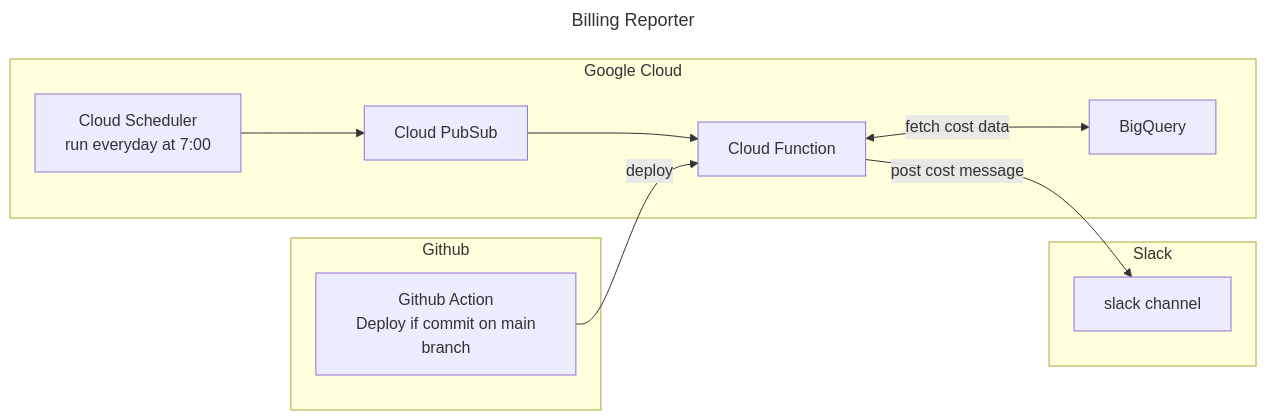
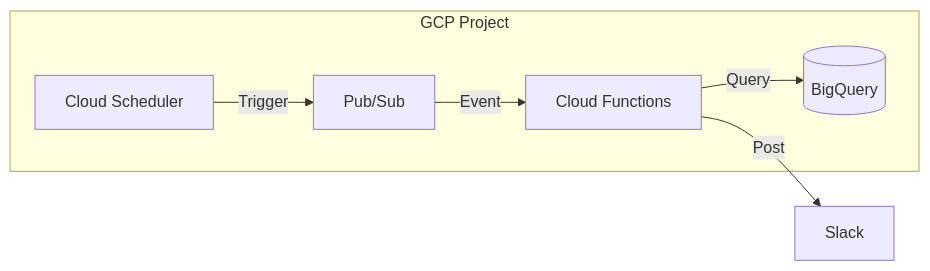
One commit to haru-256/gcp-billing-reporter changed the diagram in README.md. Above: the diagram before and after it, drawn with Mermaid. The commit also changed other lines of this file, not shown here.

````diff
--- a/README.md
+++ b/README.md
@@ -9,17 +15,14 @@
 ```mermaid
----
-title: Billing Reporter
----
-flowchart LR
-    subgraph Google Cloud
-    scheduler["Cloud Scheduler\n run everyday at 7:00"] --> pubsub[Cloud PubSub]
-    pubsub --> function[Cloud Function]
-    function <-->|fetch cost data| bigquery[BigQuery]
-    end
-    subgraph Github
-    github["Github Action\n Deploy if commit on main branch"] -->|deploy| function
-    end
-    subgraph Slack
-    function -->|post cost message| slack[slack channel]
+graph LR
+    Scheduler[Cloud Scheduler] -->|Trigger| PubSub[Pub/Sub]
+    PubSub -->|Event| CF[Cloud Functions]
+    CF -->|Query| BQ[(BigQuery)]
+    CF -->|Post| Slack[Slack]
+
+    subgraph GCP Project
+        Scheduler
+        PubSub
+        CF
+        BQ
     end
 ```
````
